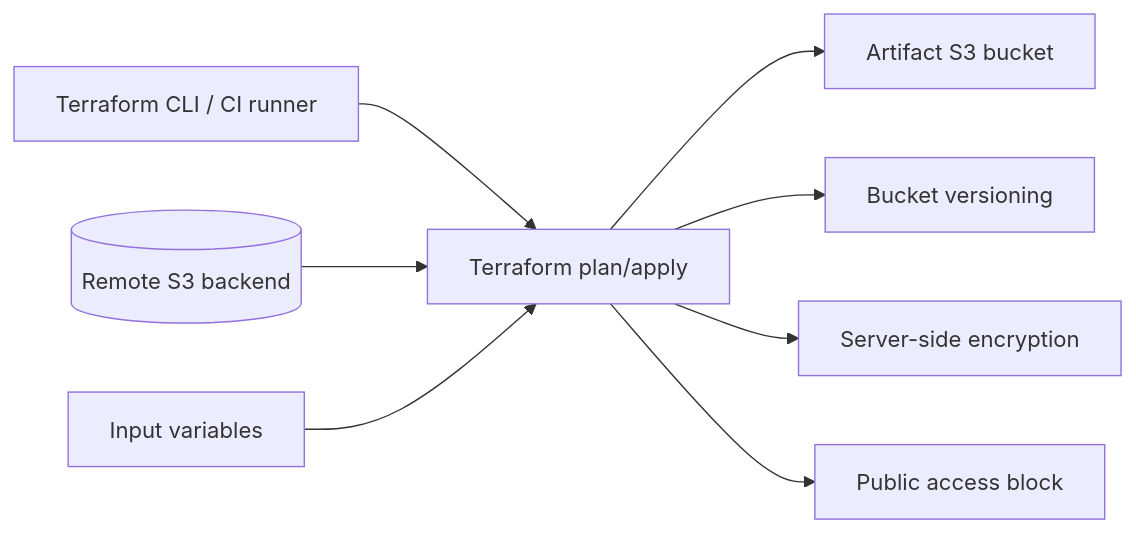
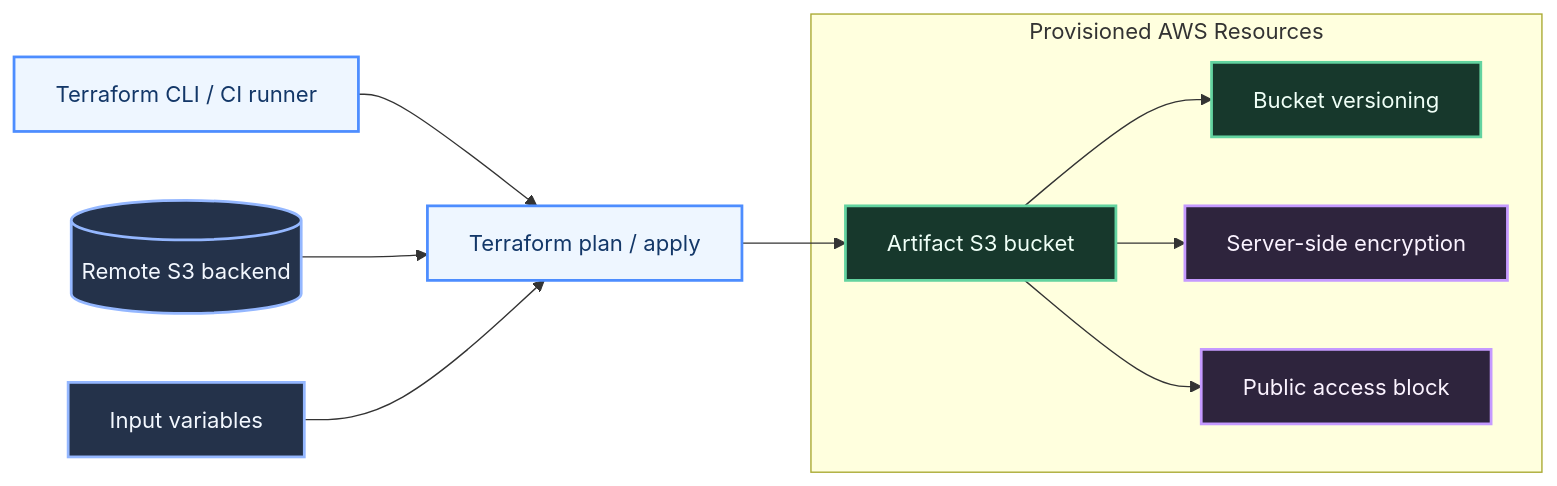
Before and after one commit to swapnil-a-p/tf-codepipeline: the diagram in README.md, drawn with Mermaid. The commit also changed 1 other file, not shown here.

Commit message:
Color-grade Terraform architecture diagrams

````diff
--- a/README.md
+++ b/README.md
@@ -44,19 +44,32 @@
 ```mermaid
 flowchart LR
+    classDef exec fill:#eef6ff,stroke:#4d8dff,color:#133768,stroke-width:2px;
+    classDef control fill:#24324a,stroke:#94b7ff,color:#f3f8ff,stroke-width:2px;
+    classDef infra fill:#17382c,stroke:#63d3a0,color:#effff7,stroke-width:2px;
+    classDef security fill:#2e243d,stroke:#c59aff,color:#fbf3ff,stroke-width:2px;
+
     TF[Terraform CLI / CI runner]
     STATE[(Remote S3 backend)]
     VARS[Input variables]
-    PLAN[Terraform plan/apply]
-    BUCKET[Artifact S3 bucket]
-    VER[Bucket versioning]
-    ENC[Server-side encryption]
-    PAB[Public access block]
+    PLAN[Terraform plan / apply]
+
+    subgraph AWS[Provisioned AWS Resources]
+        BUCKET[Artifact S3 bucket]
+        VER[Bucket versioning]
+        ENC[Server-side encryption]
+        PAB[Public access block]
+    end
 
     TF --> PLAN
     STATE --> PLAN
     VARS --> PLAN
     PLAN --> BUCKET
-    PLAN --> VER
-    PLAN --> ENC
-    PLAN --> PAB
+    BUCKET --> VER
+    BUCKET --> ENC
+    BUCKET --> PAB
+
+    class TF,PLAN exec;
+    class STATE,VARS control;
+    class BUCKET,VER infra;
+    class ENC,PAB security;
 ```
````
